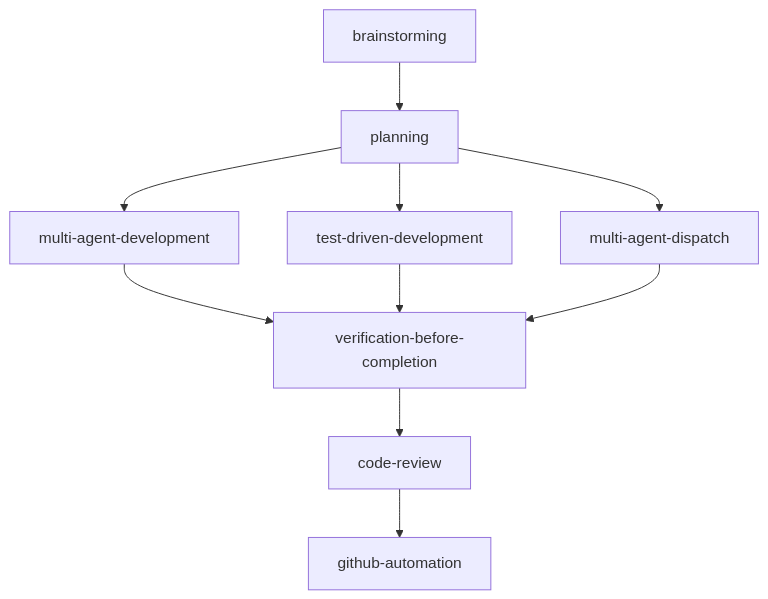
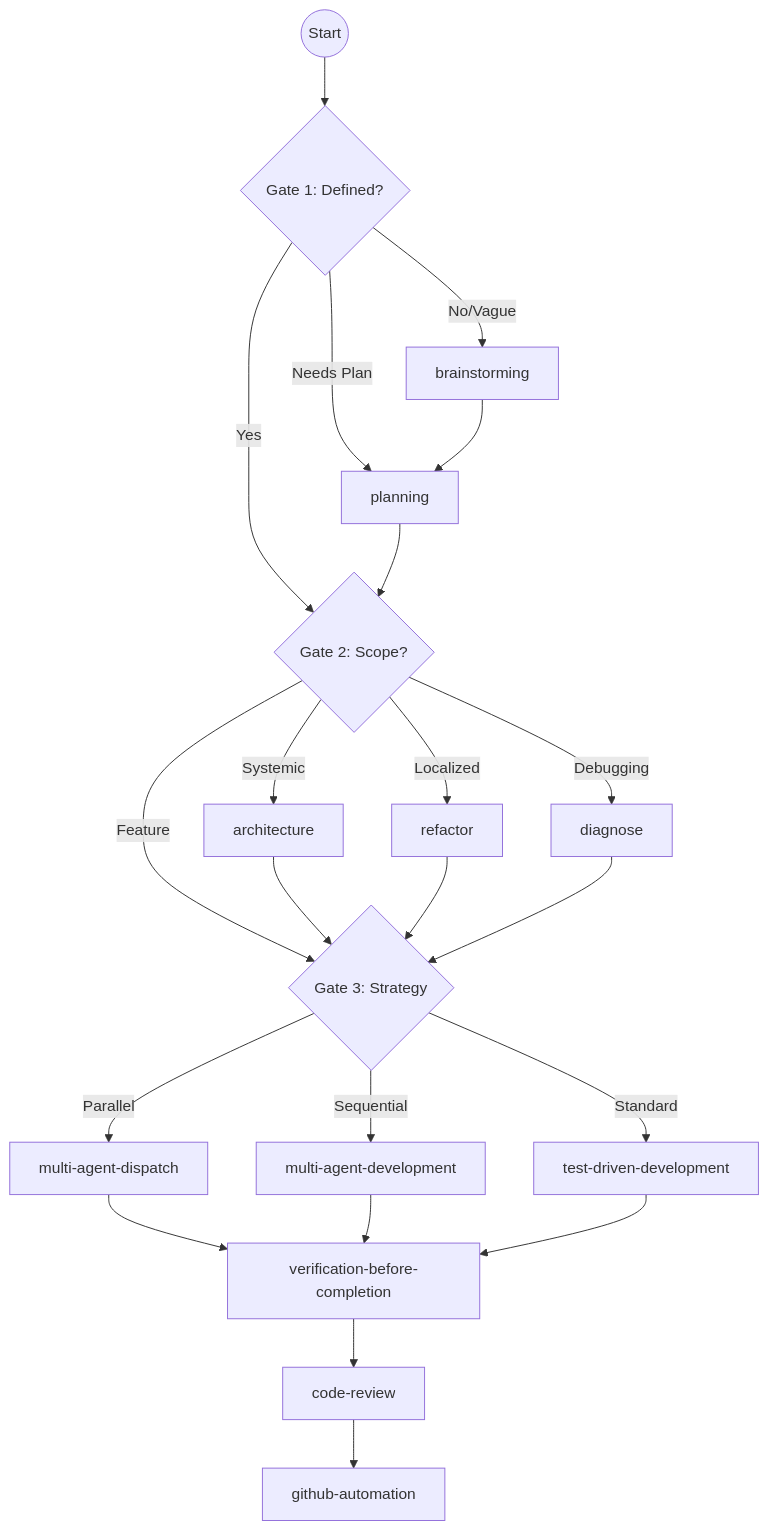
The diagram in skills/using-agent-dev-skills/SKILL.md (j0hanz/claude-agent-dev-plugin), drawn with Mermaid before and after one commit. The commit also changed other lines of this file, not shown here.

````diff
--- a/skills/using-agent-dev-skills/SKILL.md
+++ b/skills/using-agent-dev-skills/SKILL.md
@@ -42,12 +56,30 @@
 ```mermaid
 graph TD
-    A[brainstorming] --> B[planning]
-    B --> C1[multi-agent-development]
-    B --> C2[test-driven-development]
-    B --> C3[multi-agent-dispatch]
-    C1 --> D[verification-before-completion]
-    C2 --> D
-    C3 --> D
-    D --> E[code-review]
-    E --> F[github-automation]
+    Start((Start)) --> G1{Gate 1: Defined?}
+    G1 -- No/Vague --> B[brainstorming]
+    G1 -- Needs Plan --> P[planning]
+    G1 -- Yes --> G2{Gate 2: Scope?}
+    
+    B --> P
+    P --> G2
+    
+    G2 -- Systemic --> ARC[architecture]
+    G2 -- Localized --> REF[refactor]
+    G2 -- Debugging --> DIAG[diagnose]
+    G2 -- Feature --> G3{Gate 3: Strategy}
+    
+    ARC --> G3
+    REF --> G3
+    DIAG --> G3
+    
+    G3 -- Parallel --> MAD[multi-agent-dispatch]
+    G3 -- Sequential --> MDEV[multi-agent-development]
+    G3 -- Standard --> TDD[test-driven-development]
+    
+    MAD --> V[verification-before-completion]
+    MDEV --> V
+    TDD --> V
+    
+    V --> CR[code-review]
+    CR --> GH[github-automation]
 ```
````
